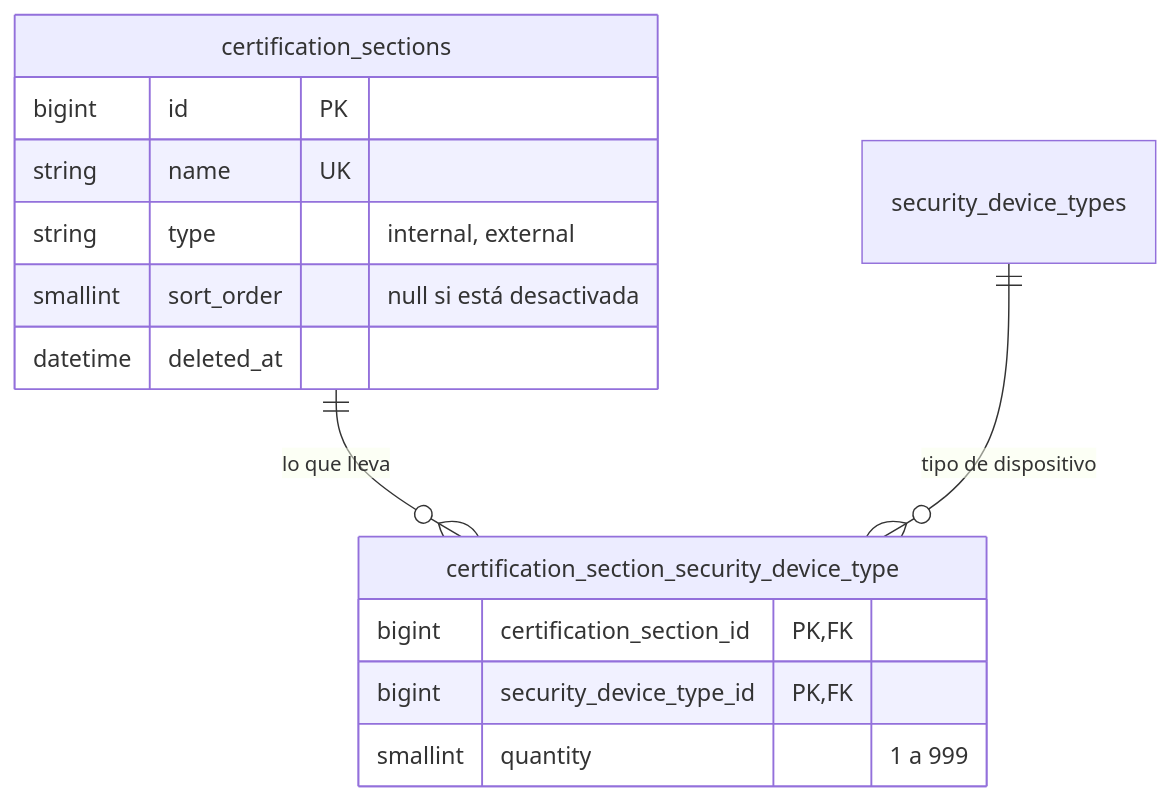
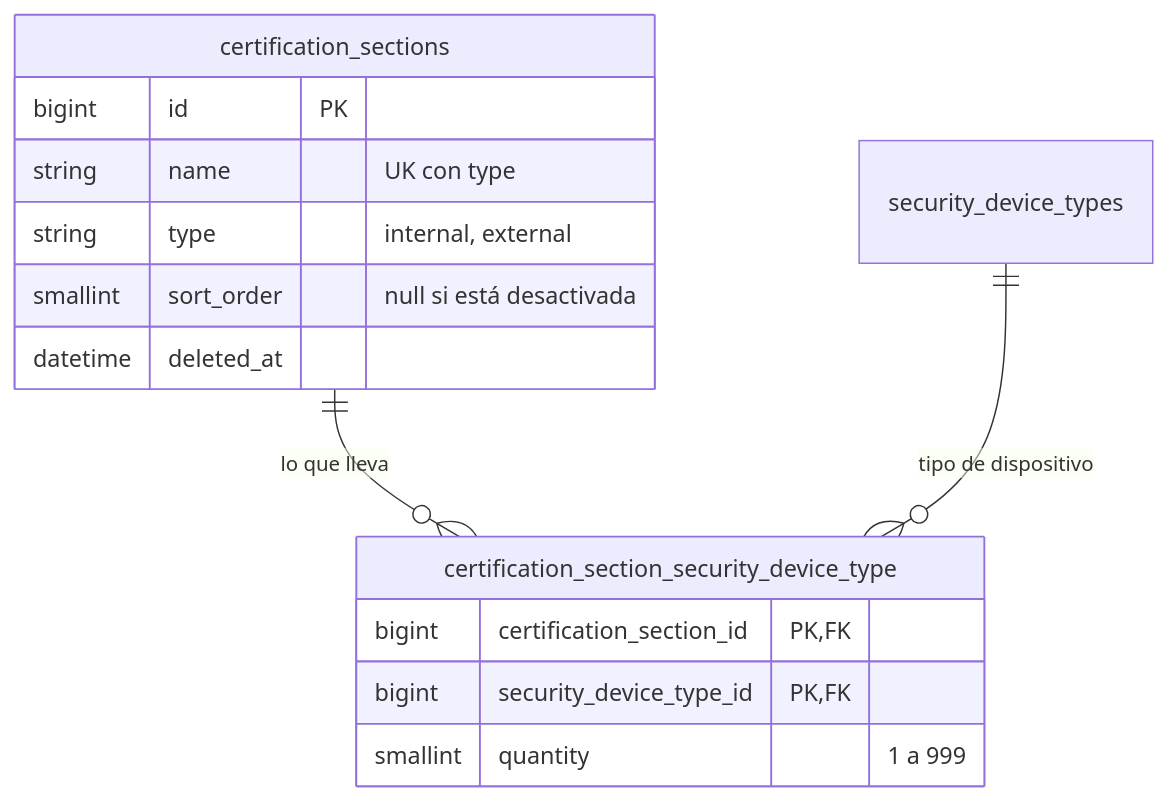
Before and after one commit to Cerati1998/SIGLA-TOS: the fourth of 12 diagrams in docs/database.md, drawn with Mermaid. The commit also changed other lines of this file and 3 other files, not shown here.

````diff
--- a/docs/database.md
+++ b/docs/database.md
@@ -216,18 +216,18 @@
 ```mermaid
 erDiagram
   certification_sections ||--o{ certification_section_security_device_type : "lo que lleva"
   security_device_types ||--o{ certification_section_security_device_type : "tipo de dispositivo"
 
   certification_sections {
     bigint id PK
-    string name UK
+    string name "UK con type"
     string type "internal, external"
     smallint sort_order "null si está desactivada"
     datetime deleted_at
   }
   certification_section_security_device_type {
     bigint certification_section_id PK, FK
     bigint security_device_type_id PK, FK
     smallint quantity "1 a 999"
   }
 ```
````
